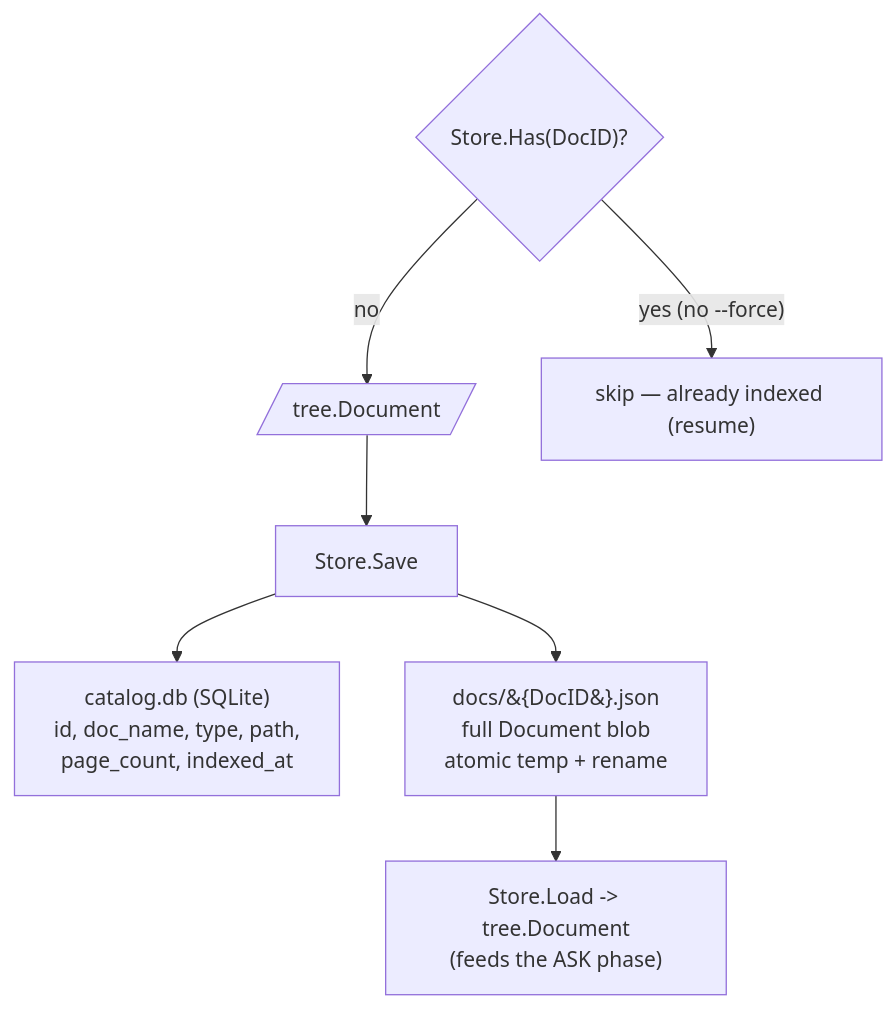
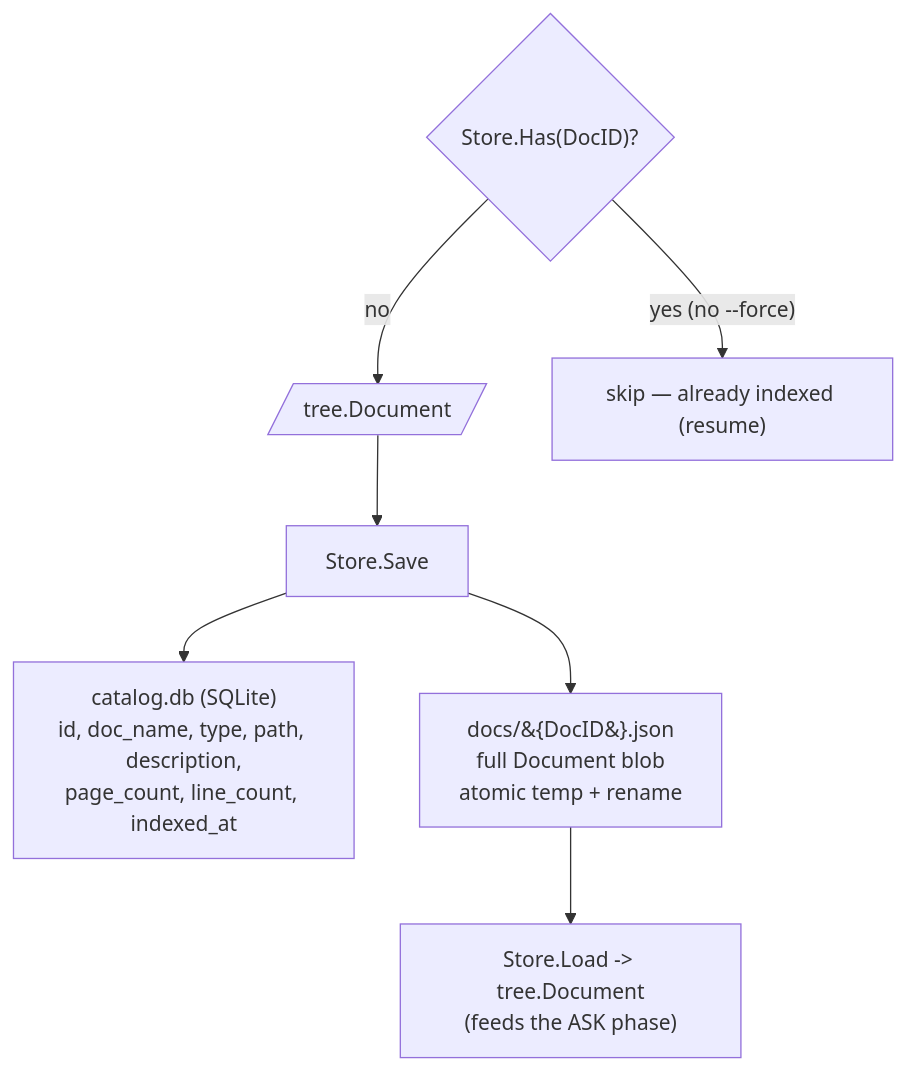
Before and after one commit to jjfantini/pindex: the seventh of 7 diagrams in system_design/pindex/PindexSystemDesign.md, drawn with Mermaid. The commit also changed other lines of this file, not shown here.

First line of the commit message:
docs: sync pindex system-design with current code (catalog/retrieve fields, CoverChildren, flag defaults)

````diff
--- a/system_design/pindex/PindexSystemDesign.md
+++ b/system_design/pindex/PindexSystemDesign.md
@@ -233,16 +239,16 @@
 ```mermaid
 flowchart TB
     DOC[/"tree.Document"/]
     SAVE["Store.Save"]
-    CAT["catalog.db (SQLite)<br/>id, doc_name, type, path,<br/>page_count, indexed_at"]
+    CAT["catalog.db (SQLite)<br/>id, doc_name, type, path, description,<br/>page_count, line_count, indexed_at"]
     BLOB["docs/&#123;DocID&#125;.json<br/>full Document blob<br/>atomic temp + rename"]
     HAS{"Store.Has(DocID)?"}
     SKIP["skip — already indexed (resume)"]
     LOAD["Store.Load -> tree.Document<br/>(feeds the ASK phase)"]
 
     DOC --> SAVE --> CAT
     SAVE --> BLOB
     HAS -->|"yes (no --force)"| SKIP
     HAS -->|"no"| DOC
     BLOB --> LOAD
 ```
````
